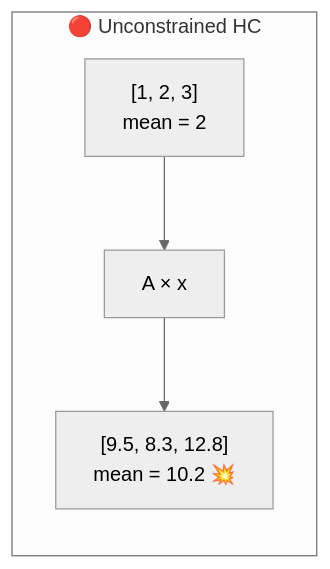
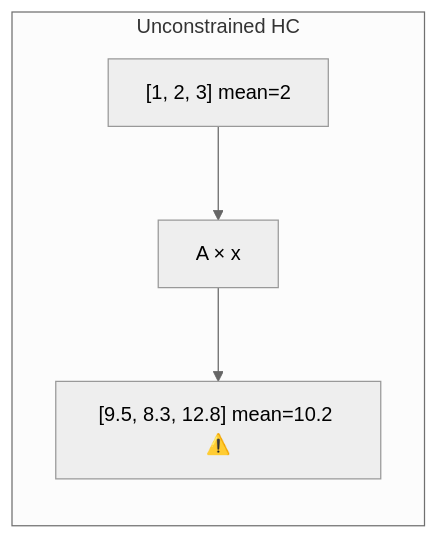
One commit to sandeeppandey456/sandeeppandey456.github.io changed the sixth of 9 diagrams in _posts/2026-01-06-manifold-constrained-hyper-connections.md. Above: the diagram before and after it, drawn with Mermaid (neutral theme). The commit also changed other lines of this file and 1 other file, not shown here.

```diff
--- a/_posts/2026-01-06-manifold-constrained-hyper-connections.md
+++ b/_posts/2026-01-06-manifold-constrained-hyper-connections.md
@@ -405,6 +318,6 @@
-<div class="mermaid">
+<pre class="mermaid">
 graph LR
-    subgraph UC["🔴 Unconstrained HC"]
-        I1["[1, 2, 3]<br/>mean = 2"] --> A["A × x"] --> O1["[9.5, 8.3, 12.8]<br/>mean = 10.2 💥"]
+    subgraph HC["Unconstrained HC"]
+        I1["[1, 2, 3] mean=2"] --> A1["A × x"] --> O1["[9.5, 8.3, 12.8] mean=10.2 ⚠️"]
     end
-</div>
+</pre>
```
